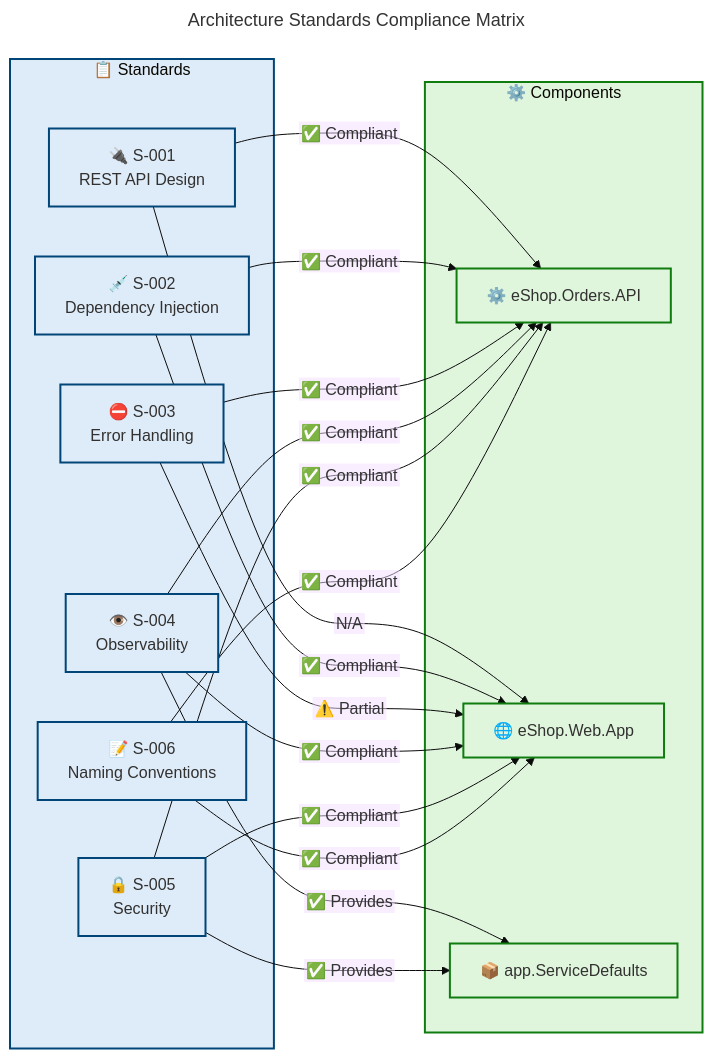
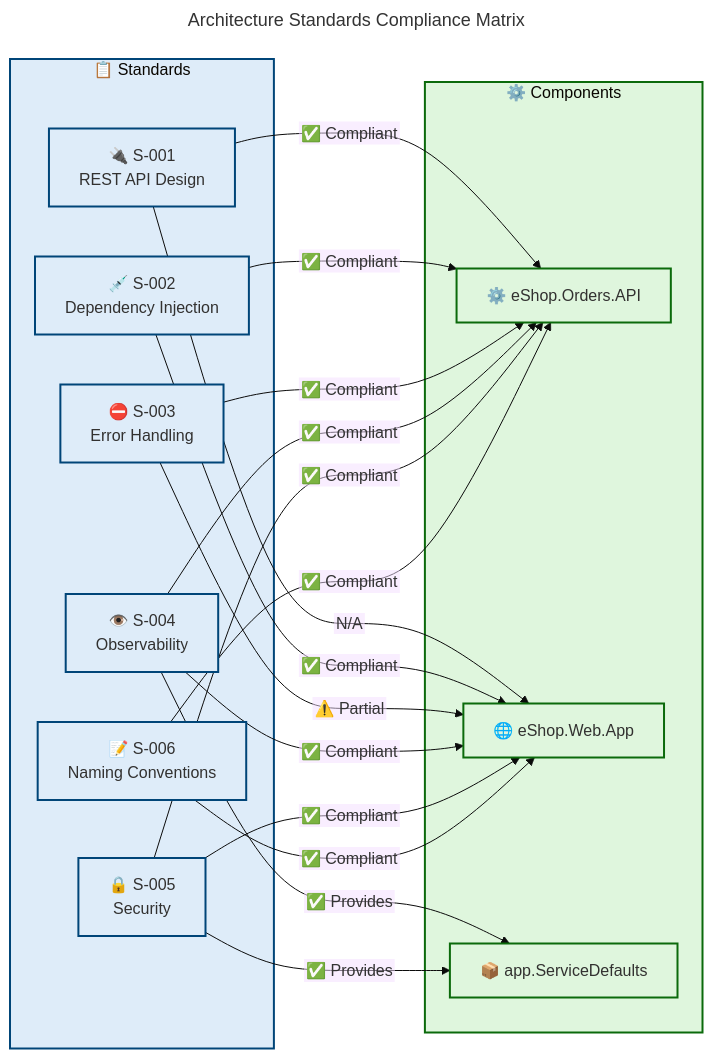
Before and after one commit to Evilazaro/Azure-LogicApps-Monitoring: the sixth of 9 diagrams in docs/architecture/Application-Layer-Architecture.md, drawn with Mermaid. The commit also changed other lines of this file and 3 other files, not shown here.

Commit message:
docs: update color definitions in architecture diagrams for improved clarity and consistency

````diff
--- a/docs/architecture/Application-Layer-Architecture.md
+++ b/docs/architecture/Application-Layer-Architecture.md
@@ -1836,58 +1836,58 @@
 ```mermaid
 ---
 title: "Architecture Standards Compliance Matrix"
 config:
   theme: base
   themeVariables:
     fontSize: '16px'
   flowchart:
     htmlLabels: false
 ---
 flowchart LR
     accTitle: Architecture Standards Compliance Matrix
     accDescr: Shows the compliance status of six standards across the three main application components
 
     %% ═══════════════════════════════════════════════════════════════════════════
     %% AZURE / FLUENT ARCHITECTURE PATTERN v1.1
     %% (Semantic + Structural + Font + Accessibility Governance)
     %% ═══════════════════════════════════════════════════════════════════════════
 
     subgraph standards["📋 Standards"]
         s1["🔌 S-001\nREST API Design"]
         s2["💉 S-002\nDependency Injection"]
         s3["⛔ S-003\nError Handling"]
         s4["👁️ S-004\nObservability"]
         s5["🔒 S-005\nSecurity"]
         s6["📝 S-006\nNaming Conventions"]
     end
 
     subgraph components["⚙️ Components"]
         c1["⚙️ eShop.Orders.API"]
         c2["🌐 eShop.Web.App"]
         c3["📦 app.ServiceDefaults"]
     end
 
     s1 -->|"✅ Compliant"| c1
     s2 -->|"✅ Compliant"| c1
     s3 -->|"✅ Compliant"| c1
     s4 -->|"✅ Compliant"| c1
     s5 -->|"✅ Compliant"| c1
     s6 -->|"✅ Compliant"| c1
     s1 -->|"N/A"| c2
     s2 -->|"✅ Compliant"| c2
     s3 -->|"⚠️ Partial"| c2
     s4 -->|"✅ Compliant"| c2
     s5 -->|"✅ Compliant"| c2
     s6 -->|"✅ Compliant"| c2
     s4 -->|"✅ Provides"| c3
     s5 -->|"✅ Provides"| c3
 
     classDef azureBlue fill:#DEECF9,stroke:#004578,stroke-width:2px,color:#323130
-    classDef successGreen fill:#DFF6DD,stroke:#107C10,stroke-width:2px,color:#323130
+    classDef successGreen fill:#DFF6DD,stroke:#0B6A0B,stroke-width:2px,color:#323130
 
     class s1,s2,s3,s4,s5,s6 azureBlue
     class c1,c2,c3 successGreen
 
     style standards fill:#DEECF9,stroke:#004578,stroke-width:2px,color:#323130
-    style components fill:#DFF6DD,stroke:#107C10,stroke-width:2px,color:#323130
+    style components fill:#DFF6DD,stroke:#0B6A0B,stroke-width:2px,color:#323130
 ```
````
